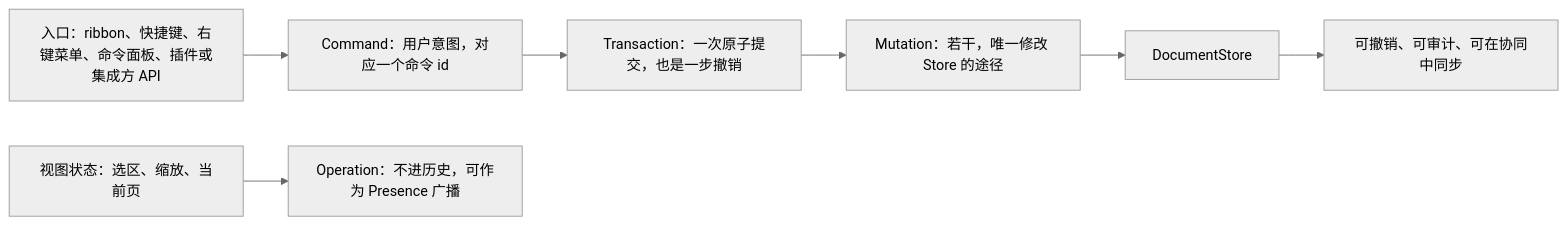
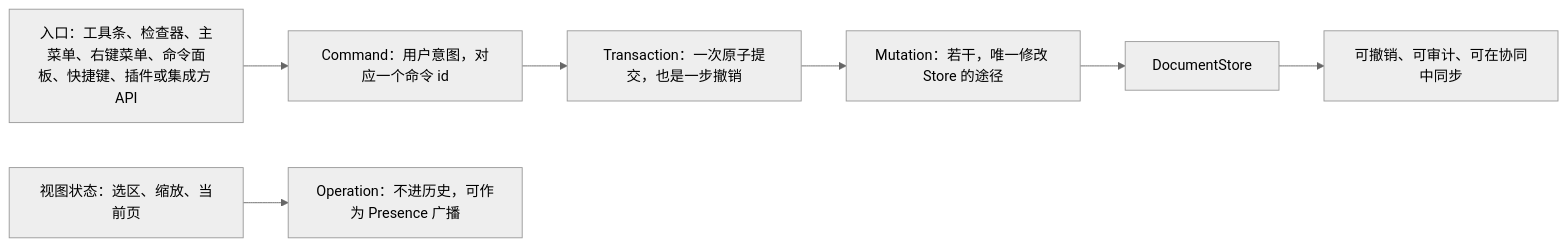
The first of 6 diagrams in docs/10-prd/03-features/02-editing.md (Xeonice/cordis-ppt-editor), drawn with Mermaid (neutral theme) before and after one commit. The commit also changed other lines of this file and 16 other files, not shown here.

First line of the commit message:
docs(prd): 按设计语言 v3 改读需求表述（第 0–3 批与母版视图改版）

````diff
--- a/docs/10-prd/03-features/02-editing.md
+++ b/docs/10-prd/03-features/02-editing.md
@@ -18,13 +18,13 @@
 ```mermaid
 flowchart LR
-  entry["入口：ribbon、快捷键、右键菜单、命令面板、插件或集成方 API"]
+  entry["入口：工具条、检查器、主菜单、右键菜单、命令面板、快捷键、插件或集成方 API"]
   cmd["Command：用户意图，对应一个命令 id"]
   tx["Transaction：一次原子提交，也是一步撤销"]
   mut["Mutation：若干，唯一修改 Store 的途径"]
   store["DocumentStore"]
   uses["可撤销、可审计、可在协同中同步"]
   view["视图状态：选区、缩放、当前页"]
   op["Operation：不进历史，可作为 Presence 广播"]
   entry --> cmd --> tx --> mut --> store --> uses
   view --> op
 ```
````
